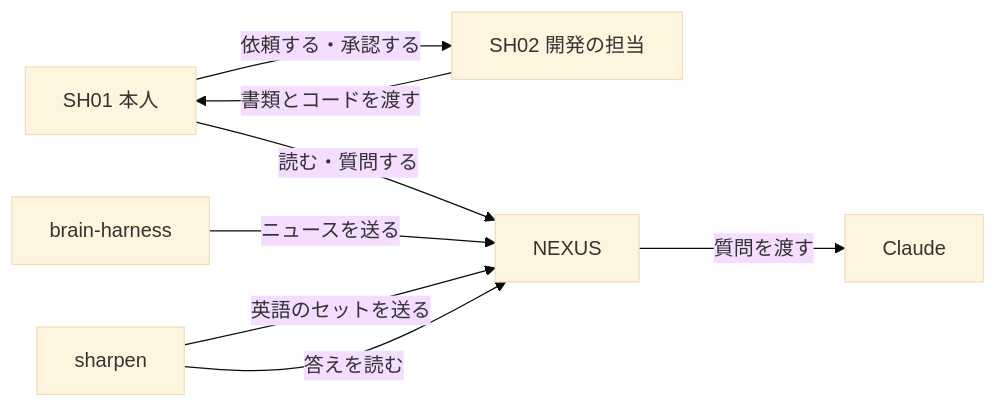
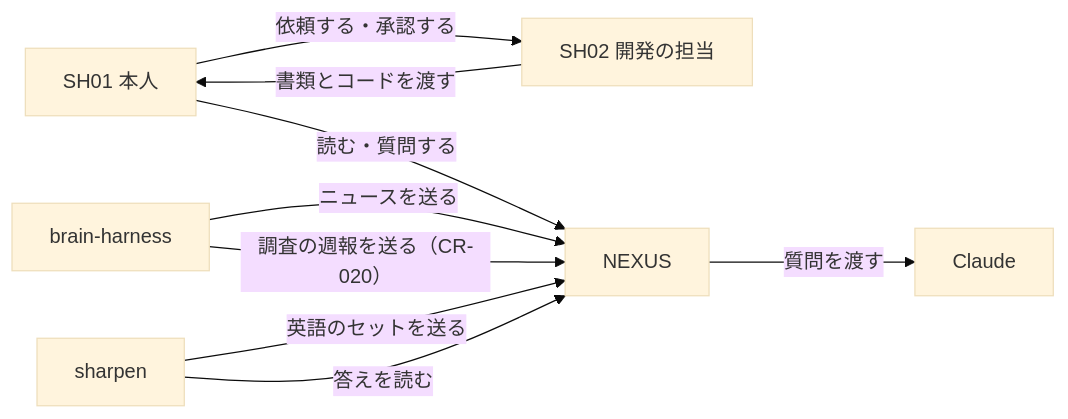
Before and after one commit to shota-urano/nexus: the diagram in docs/upstream/rd/RD-01-vision.md, drawn with Mermaid (base theme). The commit also changed other lines of this file and 41 other files, not shown here.

````diff
--- a/docs/upstream/rd/RD-01-vision.md
+++ b/docs/upstream/rd/RD-01-vision.md
@@ -99,10 +101,11 @@
 ```mermaid
 flowchart LR
   SH01[SH01 本人] -- 依頼する・承認する --> SH02[SH02 開発の担当]
   SH02 -- 書類とコードを渡す --> SH01
   SH01 -- 読む・質問する --> SYS[NEXUS]
   BH[brain-harness] -- ニュースを送る --> SYS
+  BH -- 調査の週報を送る（CR-020） --> SYS
   SP[sharpen] -- 英語のセットを送る --> SYS
   SP -- 答えを読む --> SYS
   SYS -- 質問を渡す --> AI[Claude]
 ```
````
